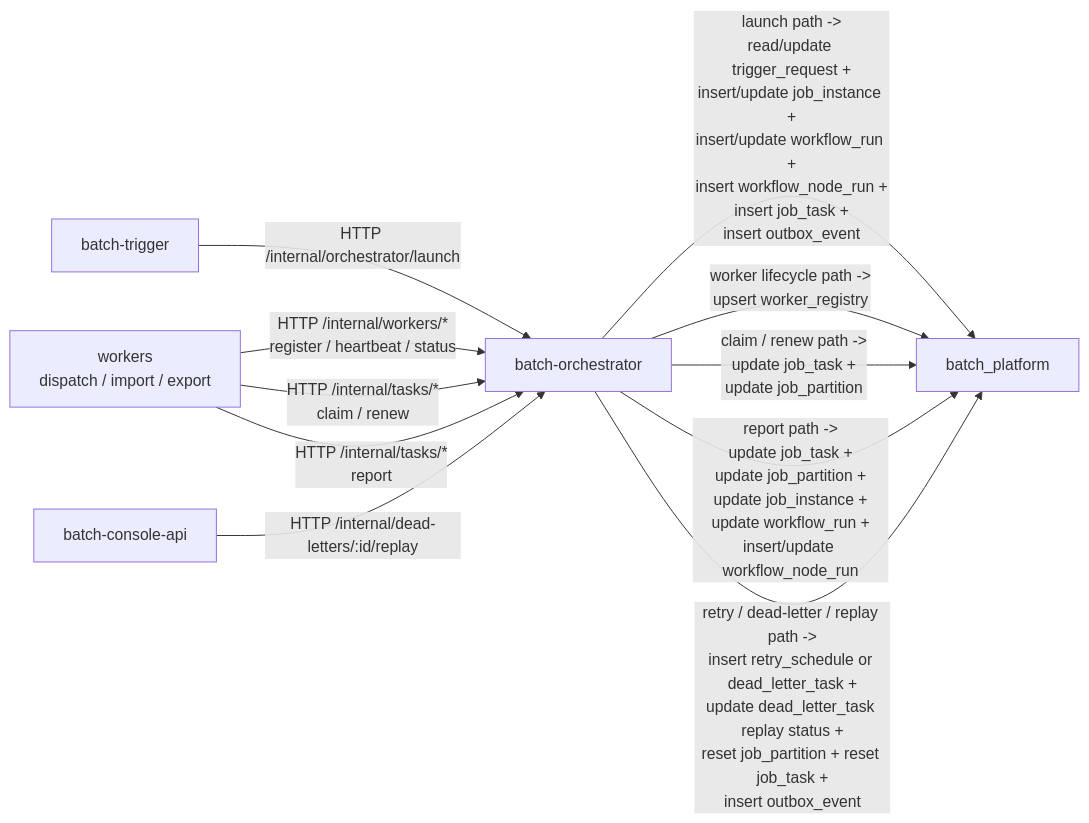
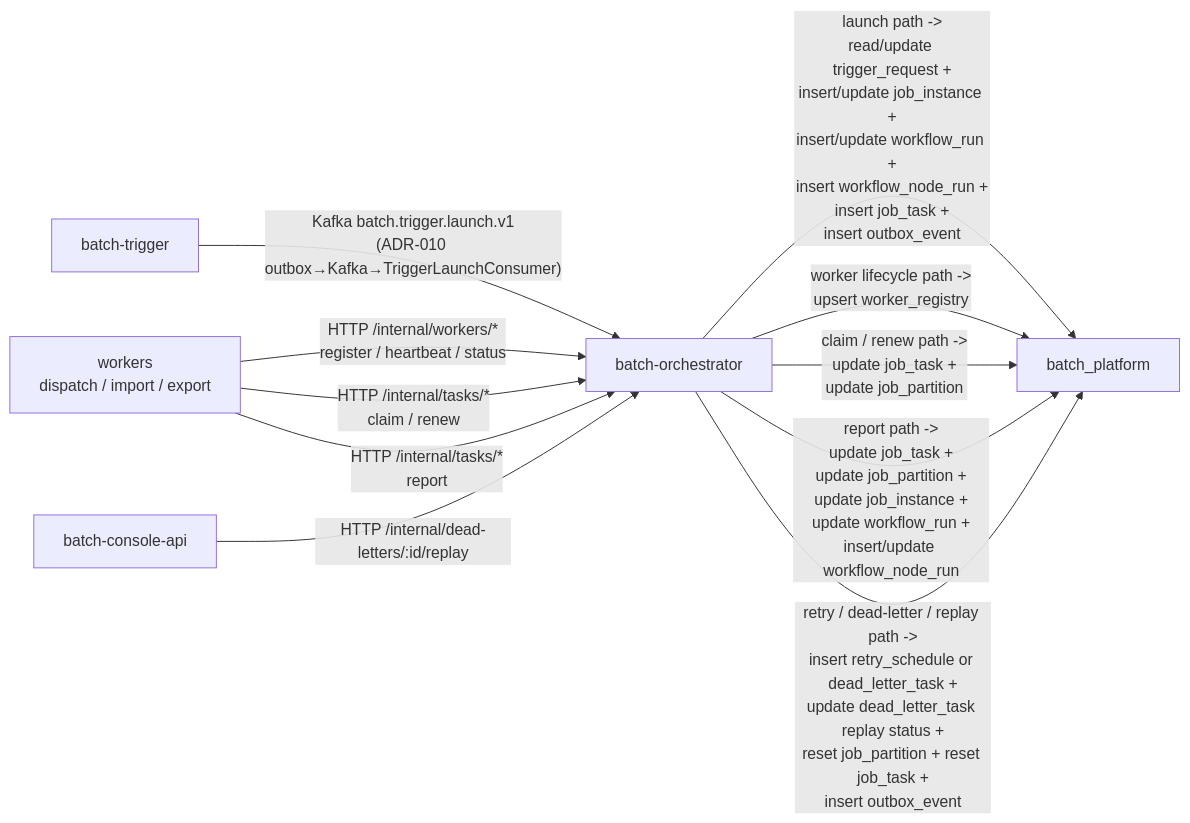
The second of 2 diagrams in docs/architecture/runtime-module-communication.md (pinpols/file-batch-system), drawn with Mermaid before and after one commit. The commit also changed other lines of this file and 34 other files, not shown here.

First line of the commit message:
refactor(trigger): 删除 ADR-010 同步 HTTP 桥 + 下线 async-launch.enabled 开关

````diff
--- a/docs/architecture/runtime-module-communication.md
+++ b/docs/architecture/runtime-module-communication.md
@@ -68,24 +67,24 @@
 ```mermaid
 flowchart LR
   T["batch-trigger"]
   W["workers<br/>dispatch / import / export"]
   C["batch-console-api"]
   O["batch-orchestrator"]
   P["batch_platform"]
 
-  T -->|"HTTP /internal/orchestrator/launch"| O
+  T -->|"Kafka batch.trigger.launch.v1<br/>(ADR-010 outbox→Kafka→TriggerLaunchConsumer)"| O
   W -->|"HTTP /internal/workers/*<br/>register / heartbeat / status"| O
   W -->|"HTTP /internal/tasks/*<br/>claim / renew"| O
   W -->|"HTTP /internal/tasks/*<br/>report"| O
   C -->|"HTTP /internal/dead-letters/:id/replay"| O
 
   O -->|"launch path -><br/>read/update trigger_request +<br/>insert/update job_instance +<br/>insert/update workflow_run +<br/>insert workflow_node_run +<br/>insert job_task +<br/>insert outbox_event"| P
 
   O -->|"worker lifecycle path -><br/>upsert worker_registry"| P
 
   O -->|"claim / renew path -><br/>update job_task +<br/>update job_partition"| P
 
   O -->|"report path -><br/>update job_task +<br/>update job_partition +<br/>update job_instance +<br/>update workflow_run +<br/>insert/update workflow_node_run"| P
 
   O -->|"retry / dead-letter / replay path -><br/>insert retry_schedule or dead_letter_task +<br/>update dead_letter_task replay status +<br/>reset job_partition + reset job_task +<br/>insert outbox_event"| P
 ```
````
